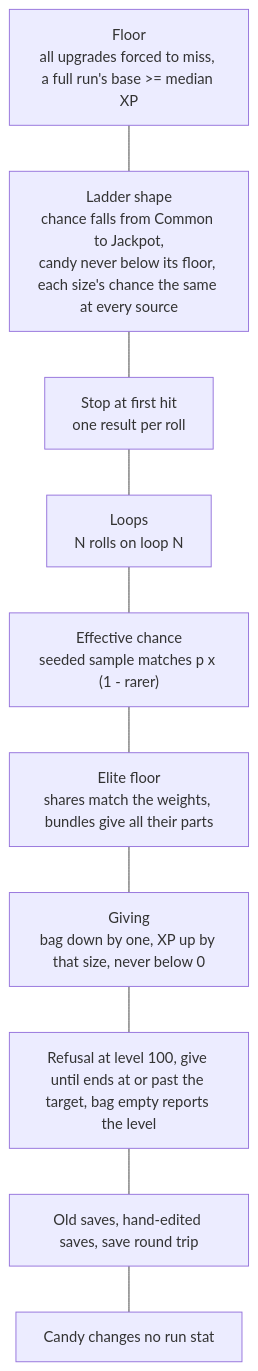
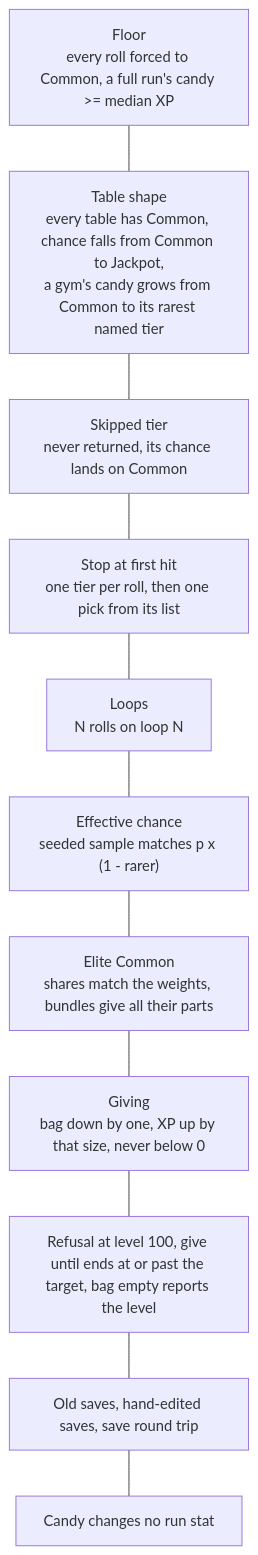
The fourth of 4 diagrams in docs/AI Outputs/Issue-139/139a - Candy Build Plan.md (Jess-Rivera/pokesurvivor_fork), drawn with Mermaid before and after one commit. The commit also changed other lines of this file and 1 other file, not shown here.

Commit message:
139a: one drop function for every loot drop; candy tables approved; fixed tier-to-size rule rejected

````diff
--- a/docs/AI Outputs/Issue-139/139a - Candy Build Plan.md
+++ b/docs/AI Outputs/Issue-139/139a - Candy Build Plan.md
@@ -217,12 +238,13 @@
 ```mermaid
 flowchart TD
-  F["Floor<br/>all upgrades forced to miss, a full run's base >= median XP"] --- M["Ladder shape<br/>chance falls from Common to Jackpot,<br/>candy never below its floor, each size's chance the same at every source"]
-  M --- S["Stop at first hit<br/>one result per roll"]
+  F["Floor<br/>every roll forced to Common, a full run's candy >= median XP"] --- M["Table shape<br/>every table has Common, chance falls from Common to Jackpot,<br/>a gym's candy grows from Common to its rarest named tier"]
+  M --- Sk["Skipped tier<br/>never returned, its chance lands on Common"]
+  Sk --- S["Stop at first hit<br/>one tier per roll, then one pick from its list"]
   S --- Lp["Loops<br/>N rolls on loop N"]
   Lp --- Ef["Effective chance<br/>seeded sample matches p x (1 - rarer)"]
-  Ef --- Fl["Elite floor<br/>shares match the weights, bundles give all their parts"]
+  Ef --- Fl["Elite Common<br/>shares match the weights, bundles give all their parts"]
   Fl --- G["Giving<br/>bag down by one, XP up by that size, never below 0"]
   G --- R["Refusal at level 100, give until ends at or past the target, bag empty reports the level"]
   R --- O["Old saves, hand-edited saves, save round trip"]
   O --- X["Candy changes no run stat"]
 ```
````
